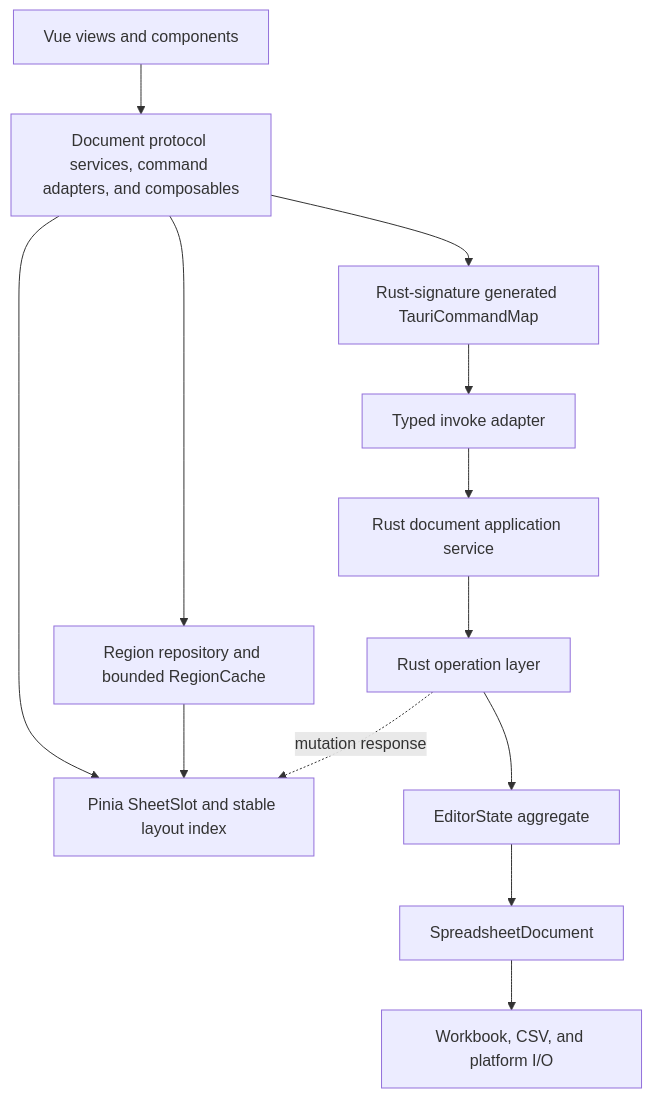
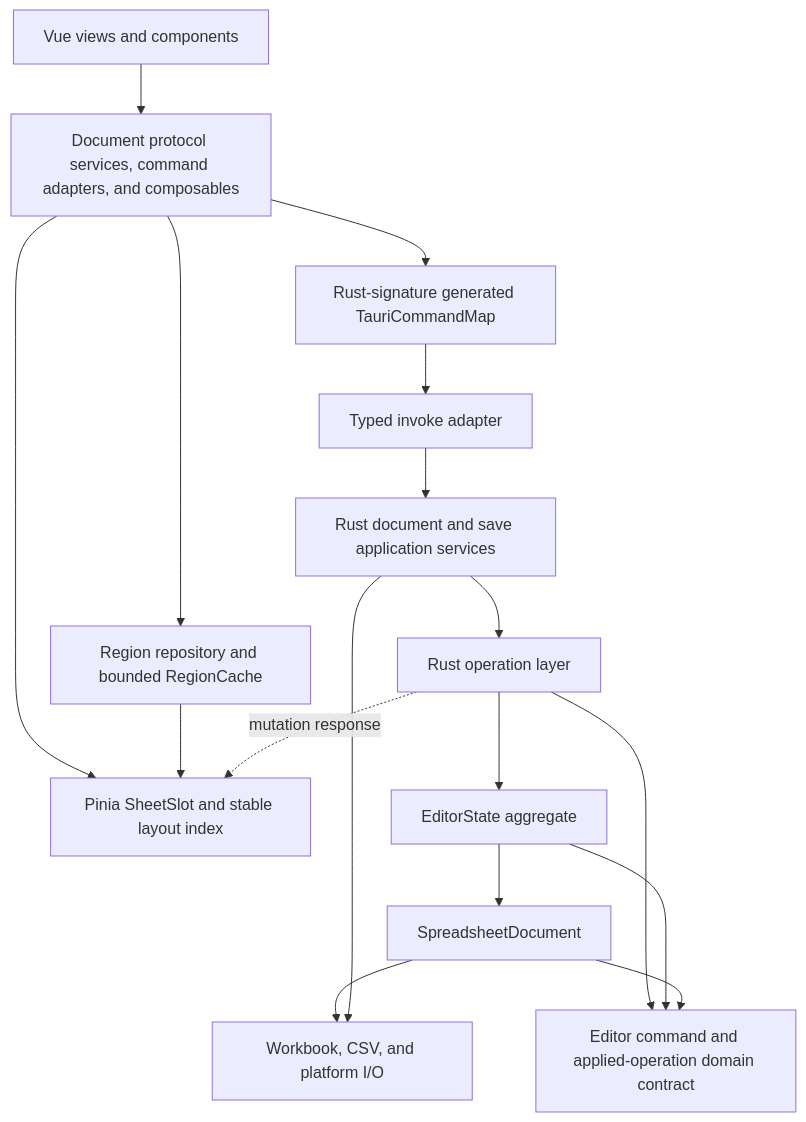
One commit to mingchiuli/simple-table changed the diagram in docs/architecture.md. Above: the diagram before and after it, drawn with Mermaid. The commit also changed other lines of this file and 45 other files, not shown here.

Commit message:
refactor: enforce application and domain boundaries

````diff
--- a/docs/architecture.md
+++ b/docs/architecture.md
@@ -8,19 +8,24 @@
 ```mermaid
 flowchart TB
     UI[Vue views and components]
     APP[Document protocol services, command adapters, and composables]
     STORE[Pinia SheetSlot and stable layout index]
     REGION[Region repository and bounded RegionCache]
     RPC[Rust-signature generated TauriCommandMap]
     IPC[Typed invoke adapter]
-    SERVICE[Rust document application service]
+    SERVICE[Rust document and save application services]
     OPS[Rust operation layer]
     STATE[EditorState aggregate]
+    DOMAIN[Editor command and applied-operation domain contract]
     DOC[SpreadsheetDocument]
     IO[Workbook, CSV, and platform I/O]
 
     UI --> APP --> STORE
     APP --> REGION --> STORE
     APP --> RPC --> IPC --> SERVICE --> OPS --> STATE --> DOC --> IO
+    OPS --> DOMAIN
+    STATE --> DOMAIN
+    DOC --> DOMAIN
+    SERVICE --> IO
     OPS -. mutation response .-> STORE
 ```
````
